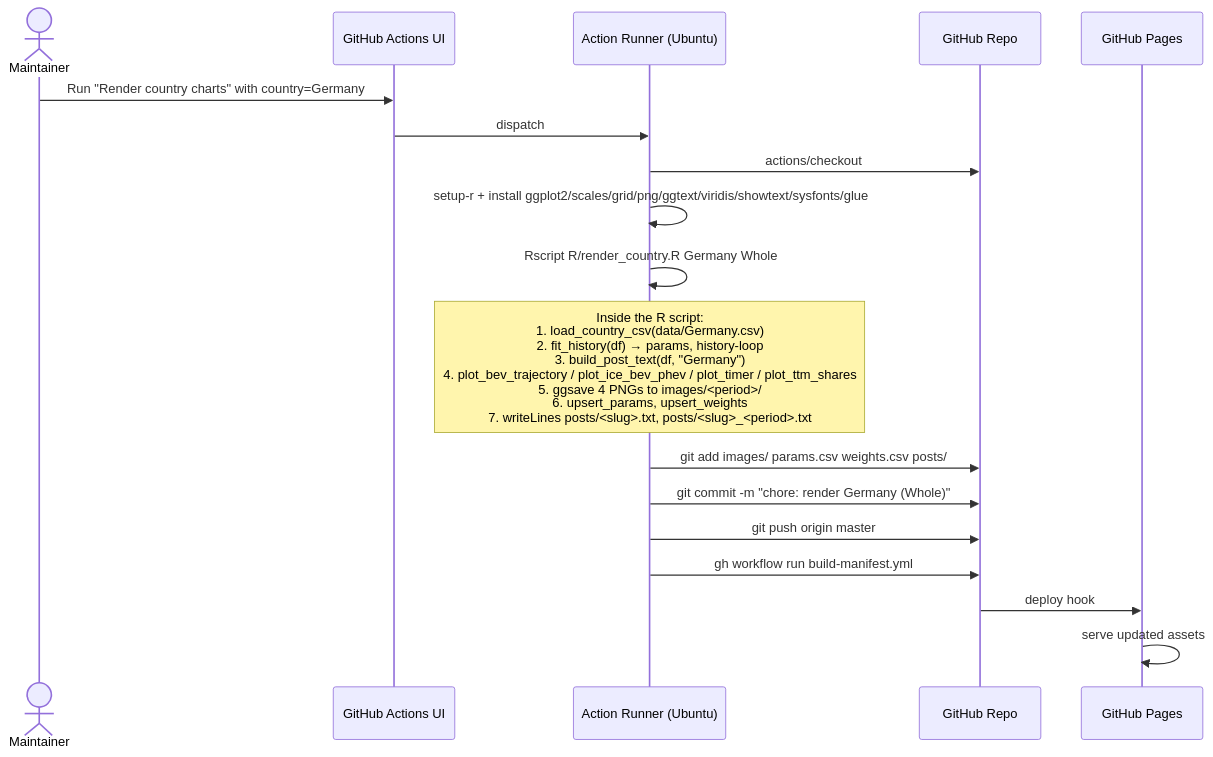
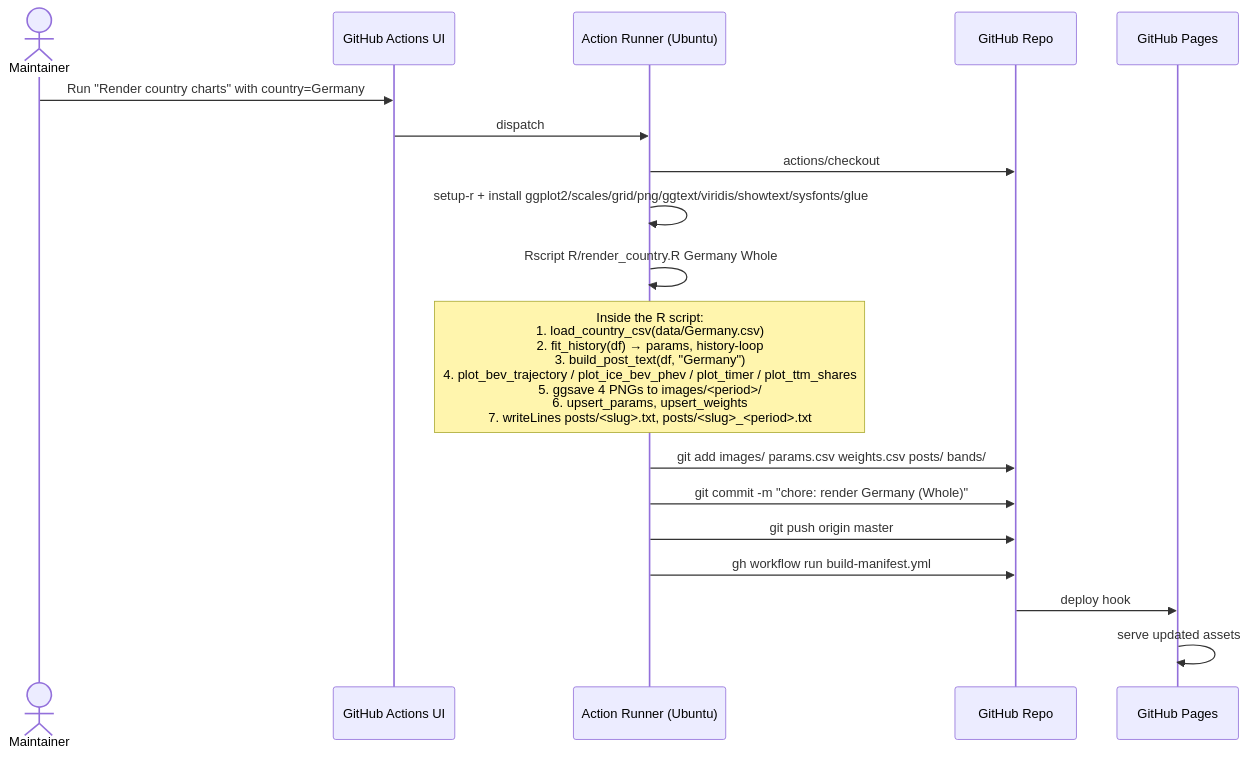
Before and after one commit to LeRaffl/LeRaffl-Gallery: the second of 26 diagrams in docs/architecture/05-flows.md, drawn with Mermaid. The commit also changed other lines of this file and 19 other files, not shown here.

````diff
--- a/docs/architecture/05-flows.md
+++ b/docs/architecture/05-flows.md
@@ -102,24 +103,24 @@
 ```mermaid
 sequenceDiagram
     actor Maintainer
     participant GHUI as GitHub Actions UI
     participant Runner as Action Runner (Ubuntu)
     participant Repo as GitHub Repo
     participant Pages as GitHub Pages
 
     Maintainer->>GHUI: Run "Render country charts" with country=Germany
     GHUI->>Runner: dispatch
     Runner->>Repo: actions/checkout
     Runner->>Runner: setup-r + install ggplot2/scales/grid/png/ggtext/viridis/showtext/sysfonts/glue
     Runner->>Runner: Rscript R/render_country.R Germany Whole
 
     Note over Runner: Inside the R script:<br/>1. load_country_csv(data/Germany.csv)<br/>2. fit_history(df) → params, history-loop<br/>3. build_post_text(df, "Germany")<br/>4. plot_bev_trajectory / plot_ice_bev_phev / plot_timer / plot_ttm_shares<br/>5. ggsave 4 PNGs to images/<period>/<br/>6. upsert_params, upsert_weights<br/>7. writeLines posts/<slug>.txt, posts/<slug>_<period>.txt
 
-    Runner->>Repo: git add images/ params.csv weights.csv posts/
+    Runner->>Repo: git add images/ params.csv weights.csv posts/ bands/
     Runner->>Repo: git commit -m "chore: render Germany (Whole)"
     Runner->>Repo: git push origin master
     Runner->>Repo: gh workflow run build-manifest.yml
 
     Repo->>Pages: deploy hook
     Pages->>Pages: serve updated assets
 ```
````
